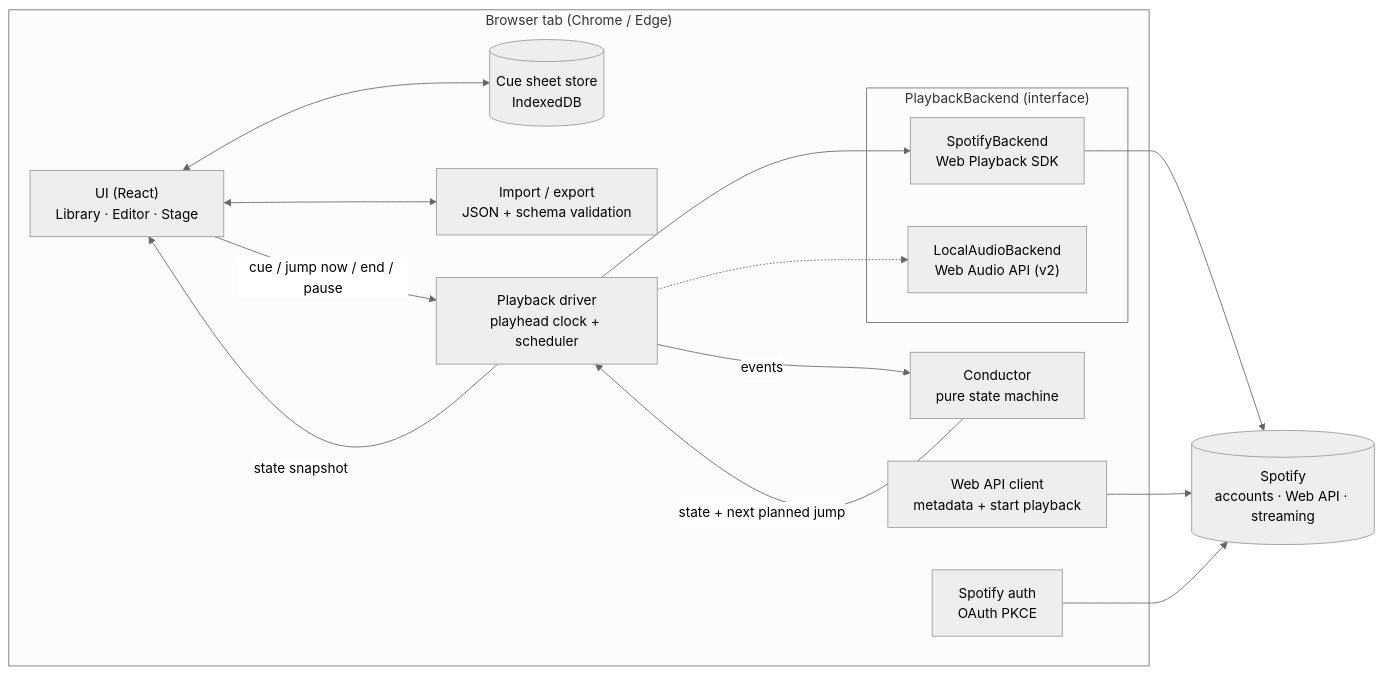
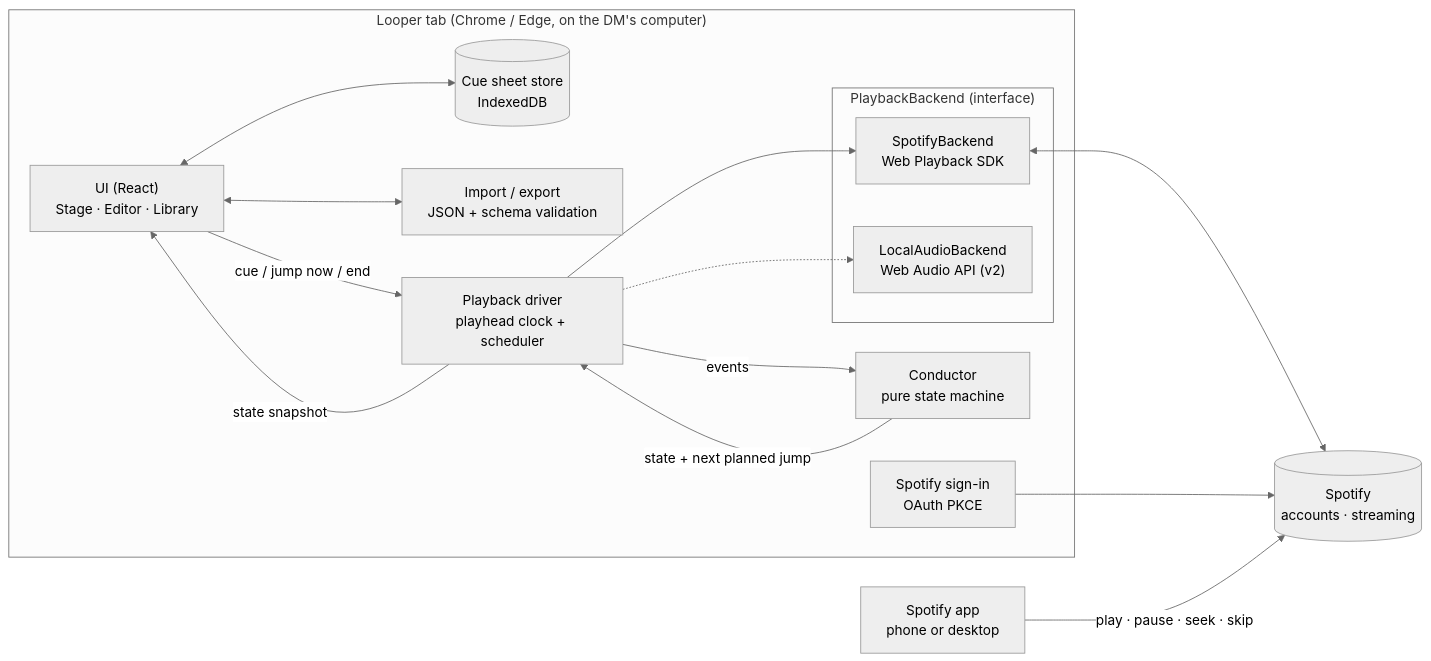
Before and after one commit to acej0ker/DMAudioLooper: the first of 3 diagrams in docs/technical-design.md, drawn with Mermaid (neutral theme). The commit also changed other lines of this file, not shown here.

````diff
--- a/docs/technical-design.md
+++ b/docs/technical-design.md
@@ -143,29 +160,29 @@
 ```mermaid
 flowchart LR
-  subgraph Tab["Browser tab (Chrome / Edge)"]
-    UI["UI (React)<br/>Library · Editor · Stage"]
+  subgraph Tab["Looper tab (Chrome / Edge, on the DM's computer)"]
+    UI["UI (React)<br/>Stage · Editor · Library"]
     Store[("Cue sheet store<br/>IndexedDB")]
     IO["Import / export<br/>JSON + schema validation"]
     Cond["Conductor<br/>pure state machine"]
     Drv["Playback driver<br/>playhead clock + scheduler"]
     subgraph BE["PlaybackBackend (interface)"]
       SB["SpotifyBackend<br/>Web Playback SDK"]
       LB["LocalAudioBackend<br/>Web Audio API (v2)"]
     end
-    Auth["Spotify auth<br/>OAuth PKCE"]
-    API["Web API client<br/>metadata + start playback"]
+    Auth["Spotify sign-in<br/>OAuth PKCE"]
   end
-  SP[("Spotify<br/>accounts · Web API · streaming")]
+  App["Spotify app<br/>phone or desktop"]
+  SP[("Spotify<br/>accounts · streaming")]
 
-  UI -- "cue / jump now / end / pause" --> Drv
+  UI -- "cue / jump now / end" --> Drv
   Drv -- "state snapshot" --> UI
   UI <--> Store
   UI <--> IO
   Drv -- "events" --> Cond
   Cond -- "state + next planned jump" --> Drv
   Drv --> SB
   Drv -.-> LB
-  SB --> SP
-  API --> SP
+  SB <--> SP
   Auth --> SP
+  App -- "play · pause · seek · skip" --> SP
 ```
````
